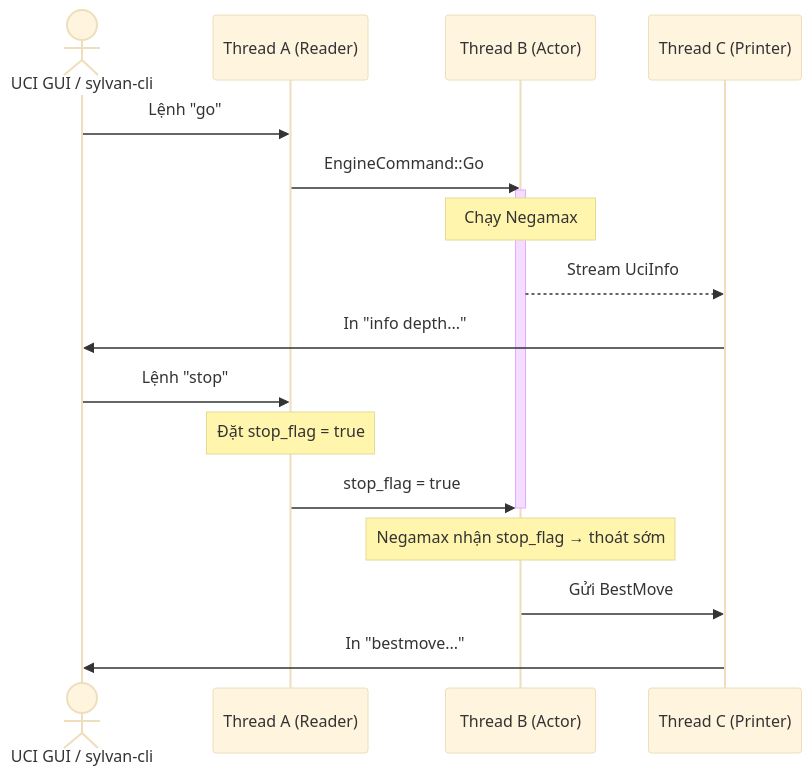
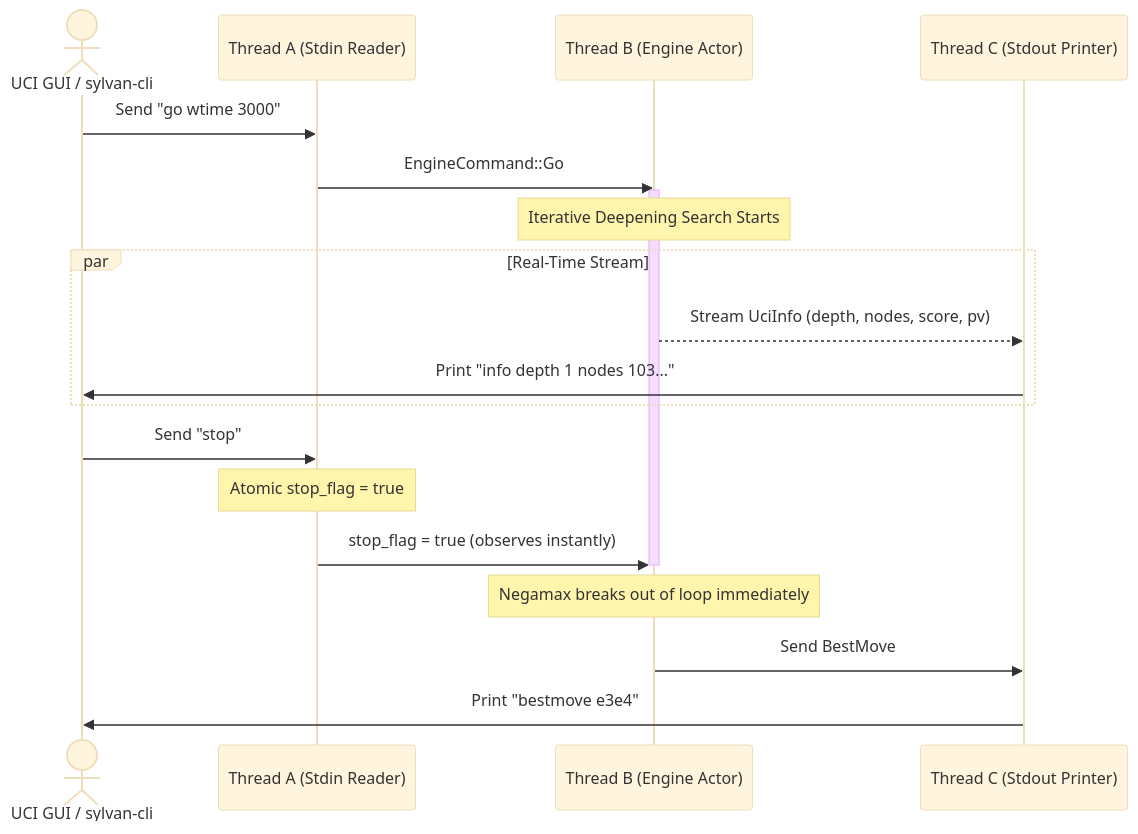
One commit to tuasananh/lingine changed the fifth of 5 diagrams in DOCS.md. Above: the diagram before and after it, drawn with Mermaid (base theme). The commit also changed other lines of this file and 2 other files, not shown here.

````diff
--- a/DOCS.md
+++ b/DOCS.md
@@ -303,21 +760,26 @@
 ```mermaid
 sequenceDiagram
     actor GUI as UCI GUI / sylvan-cli
-    participant A as Thread A (Reader)
-    participant B as Thread B (Actor)
-    participant C as Thread C (Printer)
+    participant A as Thread A (Stdin Reader)
+    participant B as Thread B (Engine Actor)
+    participant C as Thread C (Stdout Printer)
 
-    GUI->>A: Lệnh "go"
+    GUI->>A: Send "go wtime 3000"
     A->>B: EngineCommand::Go
     activate B
-    Note over B: Chạy Negamax
-    B-->>C: Stream UciInfo
-    C->>GUI: In "info depth..."
-    GUI->>A: Lệnh "stop"
-    Note over A: Đặt stop_flag = true
-    A->>B: stop_flag = true
+    Note over B: Iterative Deepening Search Starts
+
+    par Real-Time Stream
+        B-->>C: Stream UciInfo (depth, nodes, score, pv)
+        C->>GUI: Print "info depth 1 nodes 103..."
+    end
+
+    GUI->>A: Send "stop"
+    Note over A: Atomic stop_flag = true
+    A->>B: stop_flag = true (observes instantly)
     deactivate B
-    Note over B: Negamax nhận stop_flag → thoát sớm
-    B->>C: Gửi BestMove
-    C->>GUI: In "bestmove..."
+    Note over B: Negamax breaks out of loop immediately
+
+    B->>C: Send BestMove
+    C->>GUI: Print "bestmove e3e4"
 ```
````
